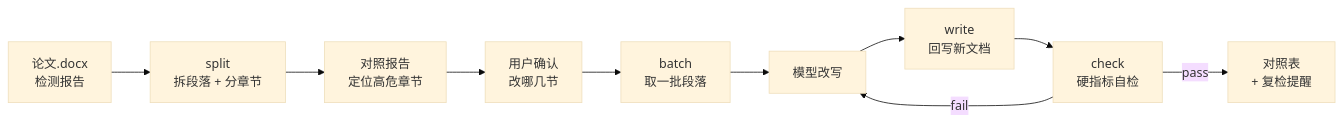
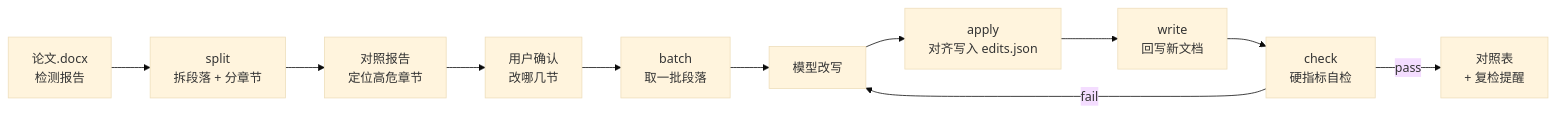
The diagram in README.md (Longfei-Tao/aigc-reducer), drawn with Mermaid (base theme) before and after one commit. The commit also changed other lines of this file and 7 other files, not shown here.

````diff
--- a/README.md
+++ b/README.md
@@ -120,12 +121,13 @@
 ```mermaid
 flowchart LR
     A[论文.docx<br/>检测报告] --> B[split<br/>拆段落 + 分章节]
     B --> C[对照报告<br/>定位高危章节]
     C --> D[用户确认<br/>改哪几节]
     D --> E[batch<br/>取一批段落]
     E --> F[模型改写]
-    F --> G[write<br/>回写新文档]
-    G --> H[check<br/>硬指标自检]
-    H -->|fail| F
-    H -->|pass| I[对照表<br/>+ 复检提醒]
+    F --> G[apply<br/>对齐写入 edits.json]
+    G --> H[write<br/>回写新文档]
+    H --> I[check<br/>硬指标自检]
+    I -->|fail| F
+    I -->|pass| J[对照表<br/>+ 复检提醒]
 ```
````
